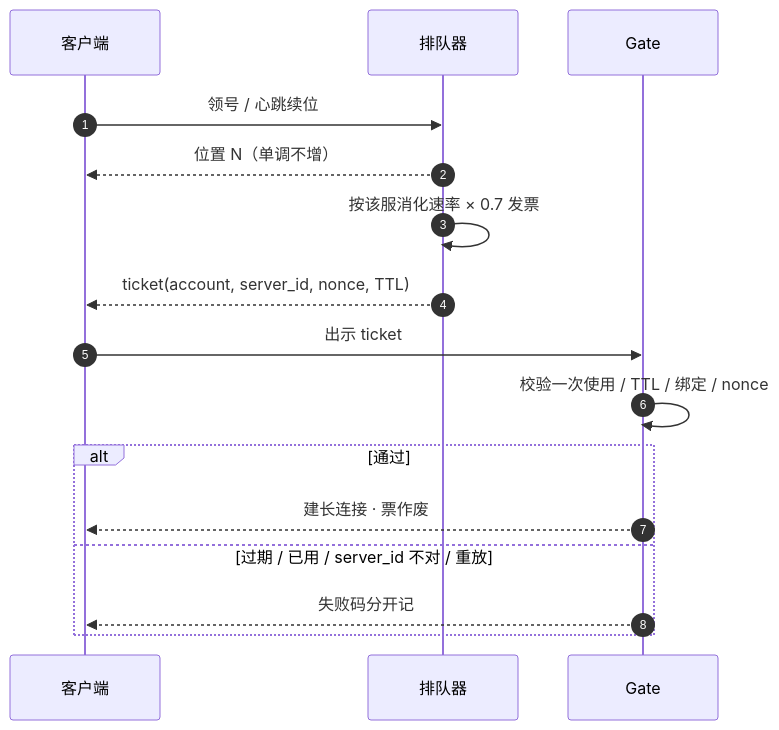
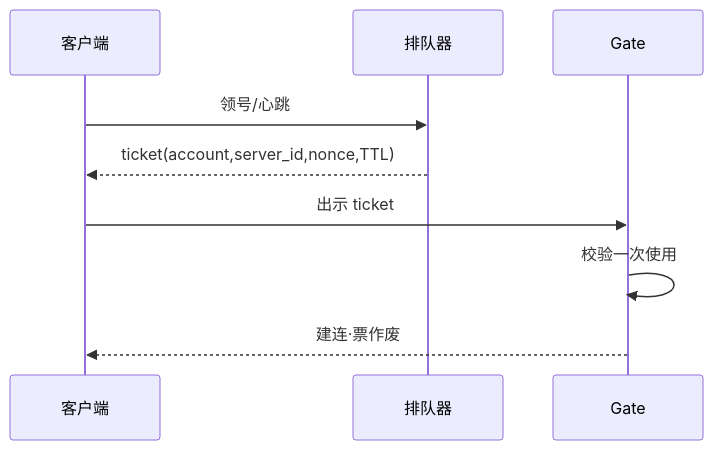
Before and after one commit to ml-cuizijun/LearnToLilith: the third of 3 diagrams in 08-游戏运维专题/04-登录排队与选服/知识点.md, drawn with Mermaid. The commit also changed other lines of this file and 213 other files, not shown here.

````diff
--- a/08-游戏运维专题/04-登录排队与选服/知识点.md
+++ b/08-游戏运维专题/04-登录排队与选服/知识点.md
@@ -216,18 +112,11 @@
 ```mermaid
 sequenceDiagram
-    autonumber
     participant C as 客户端
     participant Q as 排队器
     participant G as Gate
-    C->>Q: 领号 / 心跳续位
-    Q-->>C: 位置 N（单调不增）
-    Q->>Q: 按该服消化速率 × 0.7 发票
-    Q-->>C: ticket(account, server_id, nonce, TTL)
+    C->>Q: 领号/心跳
+    Q-->>C: ticket(account,server_id,nonce,TTL)
     C->>G: 出示 ticket
-    G->>G: 校验一次使用 / TTL / 绑定 / nonce
-    alt 通过
-        G-->>C: 建长连接 · 票作废
-    else 过期 / 已用 / server_id 不对 / 重放
-        G-->>C: 失败码分开记
-    end
+    G->>G: 校验一次使用
+    G-->>C: 建连·票作废
 ```
````
